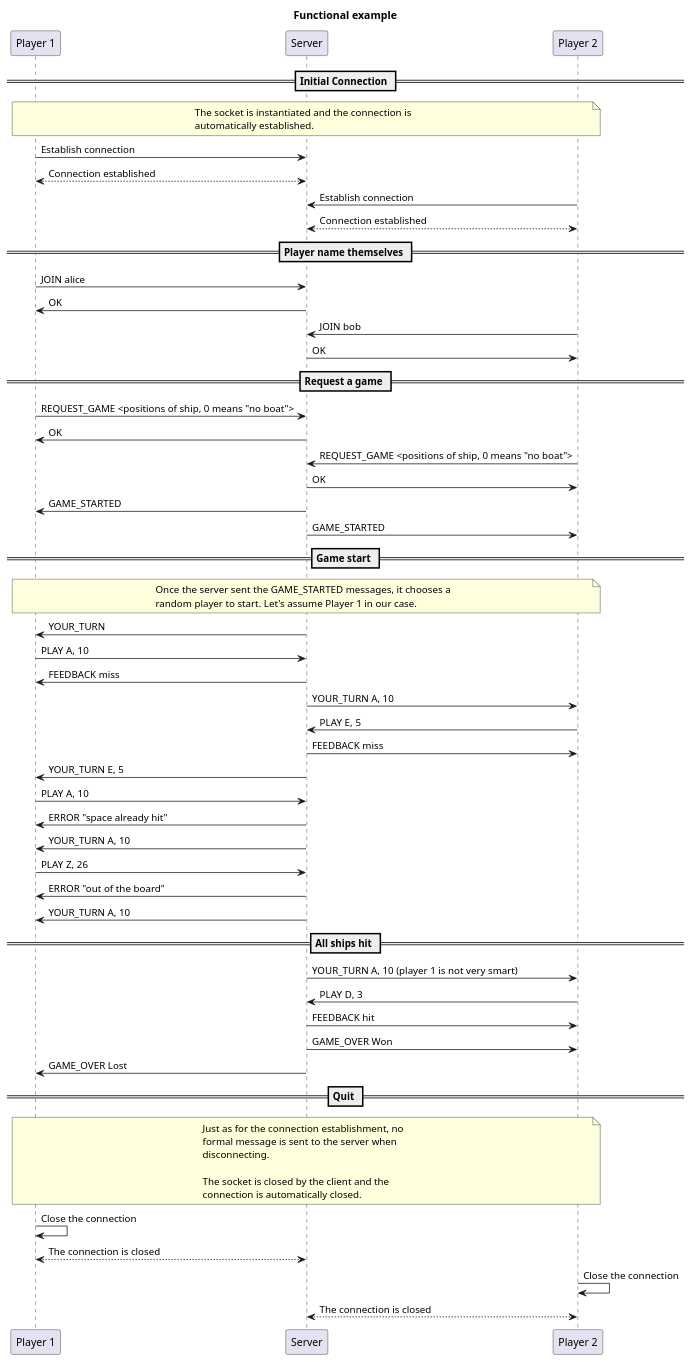
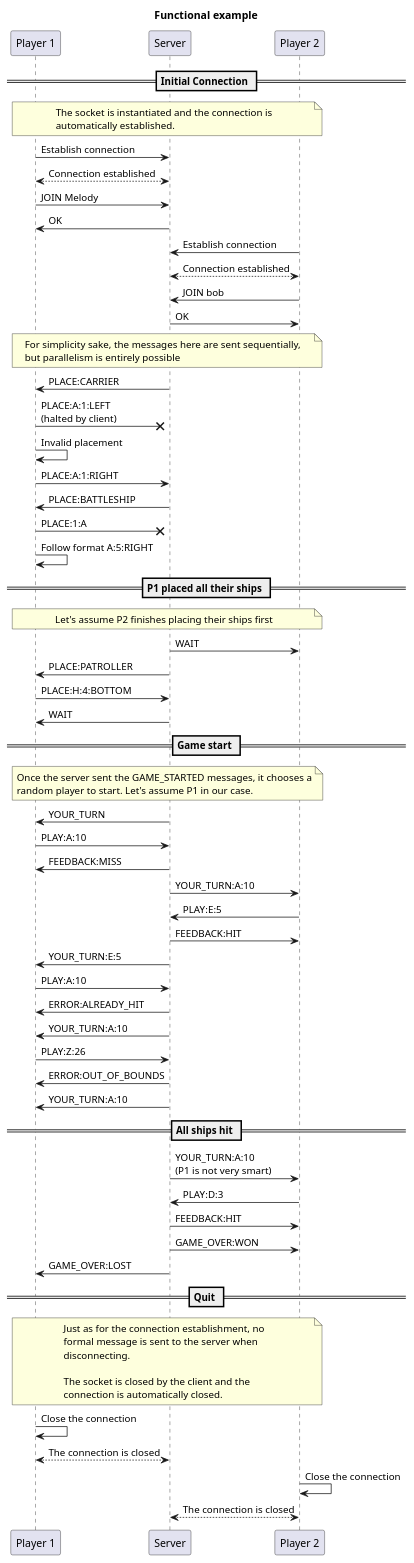
Before and after one commit to Dylan-Langumier/DAI-Practical-Work-2: the diagram in sequence.puml, drawn with PlantUML.

Commit message:
Diagram sequence

```diff
--- a/sequence.puml
+++ b/sequence.puml
@@ -1,86 +1,91 @@
 @startuml functional-example
 
 title "Functional example"
-
 participant "Player 1" as p1
 participant "Server" as s
 participant "Player 2" as p2
 
 == Initial Connection ==
 
 note over p1, p2
 The socket is instantiated and the connection is
 automatically established.
 end note
 
 p1->s : Establish connection
 p1<-->s : Connection established
 
+p1->s: JOIN Melody
+s->p1: OK
+
 p2->s : Establish connection
 p2<-->s : Connection established
-
-== Player name themselves ==
-
-p1->s: JOIN alice
-s->p1: OK
 
 p2->s: JOIN bob
 s->p2: OK
 
-== Request a game ==
-
-p1->s: REQUEST_GAME <positions of ship, 0 means "no boat">
-s->p1: OK
-
-p2->s: REQUEST_GAME <positions of ship, 0 means "no boat">
-s->p2: OK
-
-s->p1: GAME_STARTED
-s->p2: GAME_STARTED
+note over p1, p2
+For simplicity sake, the messages here are sent sequentially, 
+but parallelism is entirely possible
+end note 
+s->p1: PLACE:CARRIER
+p1 ->x s: PLACE:A:1:LEFT\n(halted by client)
+p1 -> p1: Invalid placement
+p1 -> s: PLACE:A:1:RIGHT
+s -> p1: PLACE:BATTLESHIP
+p1 ->x s: PLACE:1:A
+p1 -> p1: Follow format A:5:RIGHT
+== P1 placed all their ships ==
+note over p1, p2
+Let's assume P2 finishes placing their ships first
+end note
+s -> p2: WAIT
+s -> p1: PLACE:PATROLLER
+p1 -> s: PLACE:H:4:BOTTOM
+s -> p1: WAIT
 
 == Game start ==
 note over p1, p2
 Once the server sent the GAME_STARTED messages, it chooses a
-random player to start. Let's assume Player 1 in our case.
+random player to start. Let's assume P1 in our case.
 end note
 
 s->p1: YOUR_TURN
-p1->s: PLAY A, 10
-s->p1: FEEDBACK miss
+p1->s: PLAY:A:10
+s->p1: FEEDBACK:MISS
 
-s->p2: YOUR_TURN A, 10
-p2->s: PLAY E, 5
-s->p2: FEEDBACK miss
+s->p2: YOUR_TURN:A:10
+p2->s: PLAY:E:5
+s->p2: FEEDBACK:HIT
 
-s->p1: YOUR_TURN E, 5
-p1->s: PLAY A, 10
-s->p1: ERROR "space already hit"
-s->p1: YOUR_TURN A, 10
-p1->s: PLAY Z, 26
-s->p1: ERROR "out of the board"
-s->p1: YOUR_TURN A, 10
+s->p1: YOUR_TURN:E:5
+p1->s: PLAY:A:10
+s->p1: ERROR:ALREADY_HIT
+s->p1: YOUR_TURN:A:10
+p1->s: PLAY:Z:26
+s->p1: ERROR:OUT_OF_BOUNDS
+s->p1: YOUR_TURN:A:10
 
 == All ships hit ==
-s->p2: YOUR_TURN A, 10 (player 1 is not very smart)
-p2->s: PLAY D, 3
-s->p2: FEEDBACK hit
-s->p2: GAME_OVER Won
-s->p1: GAME_OVER Lost
+s->p2: YOUR_TURN:A:10 \n(P1 is not very smart)
+p2->s: PLAY:D:3
+s->p2: FEEDBACK:HIT
+s->p2: GAME_OVER:WON
+s->p1: GAME_OVER:LOST
 
 == Quit ==
 note over p1, p2
 Just as for the connection establishment, no
 formal message is sent to the server when
 disconnecting.
 
 The socket is closed by the client and the
 connection is automatically closed.
 end note
 
 p1->p1: Close the connection
 p1<-->s: The connection is closed
 
 p2->p2: Close the connection
 p2<-->s: The connection is closed
-
 @enduml
```
